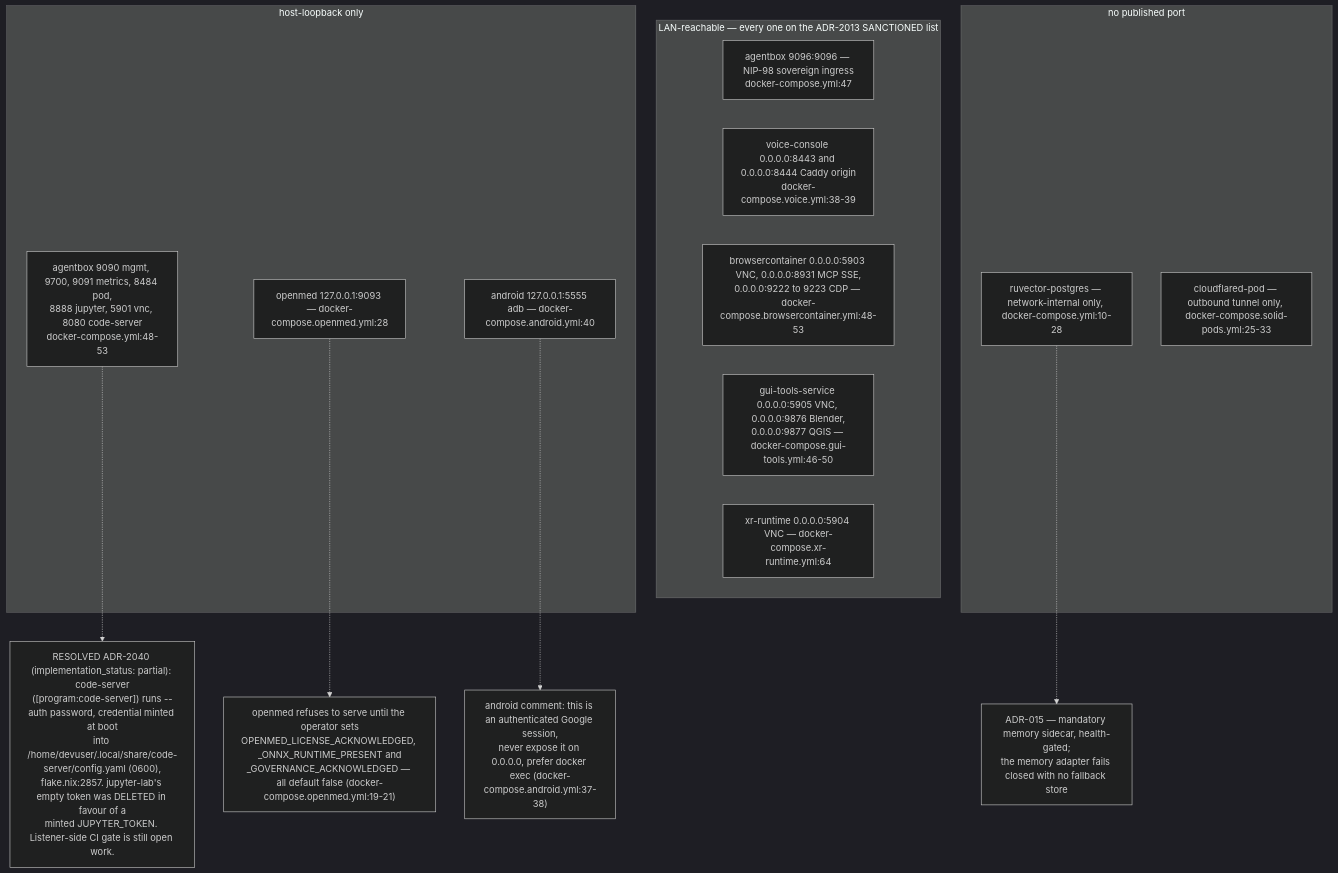
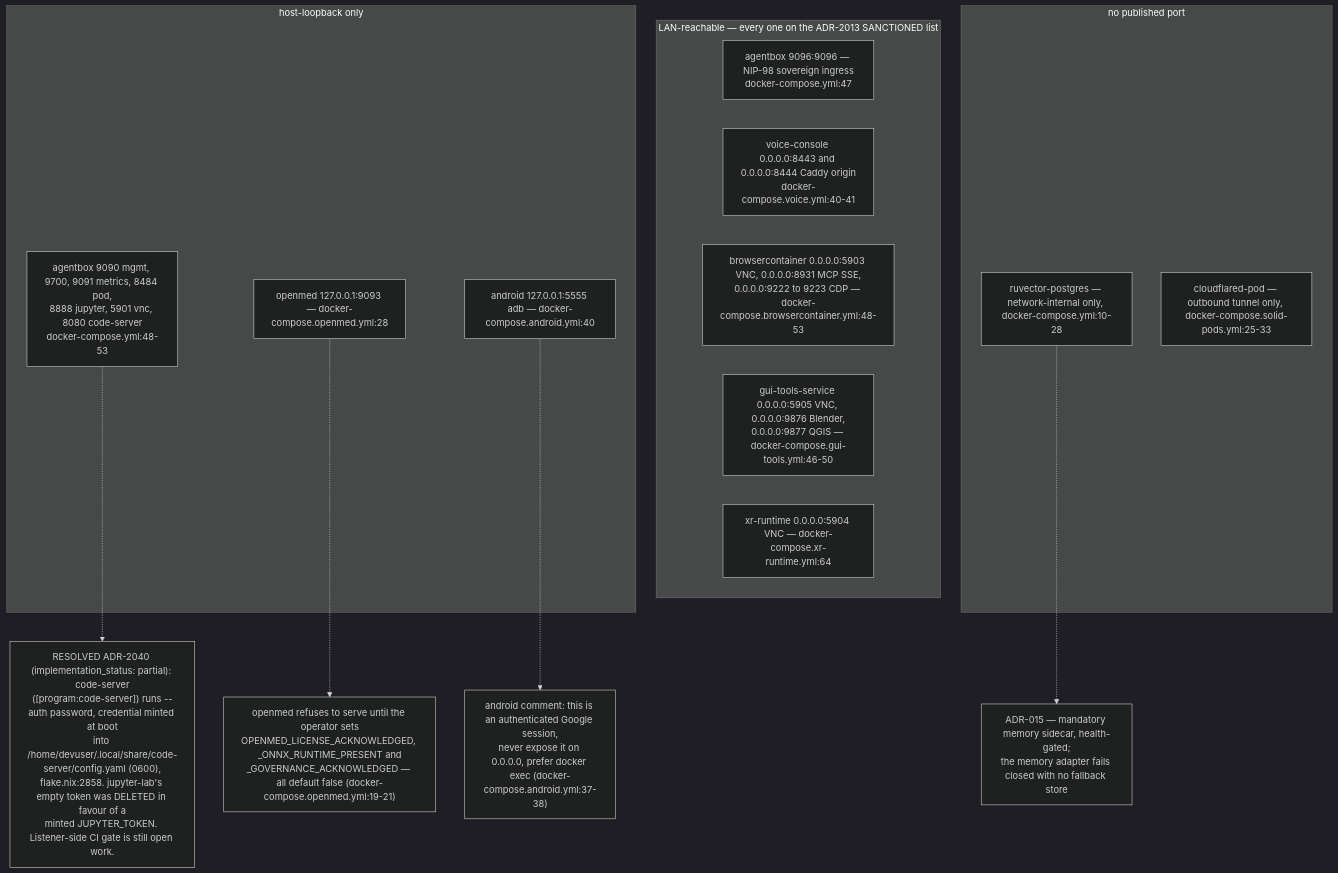
Before and after one commit to DreamLab-AI/VisionFlow: the seventh of 14 diagrams in docs/diagrams/agentbox/06-sidecars-and-compose-overlays.md, drawn with Mermaid (dark theme). The commit also changed other lines of this file and 145 other files, not shown here.

````diff
--- a/docs/diagrams/agentbox/06-sidecars-and-compose-overlays.md
+++ b/docs/diagrams/agentbox/06-sidecars-and-compose-overlays.md
@@ -228,23 +219,23 @@
 ```mermaid
 flowchart TB
     subgraph LANP["LAN-reachable — every one on the ADR-2013 SANCTIONED list"]
         P1["agentbox 9096:9096 — NIP-98 sovereign ingress<br/>docker-compose.yml:47"]
-        P2["voice-console 0.0.0.0:8443 and 0.0.0.0:8444 Caddy origin<br/>docker-compose.voice.yml:38-39"]
+        P2["voice-console 0.0.0.0:8443 and 0.0.0.0:8444 Caddy origin<br/>docker-compose.voice.yml:40-41"]
         P3["browsercontainer 0.0.0.0:5903 VNC, 0.0.0.0:8931 MCP SSE,<br/>0.0.0.0:9222 to 9223 CDP — docker-compose.browsercontainer.yml:48-53"]
         P4["gui-tools-service 0.0.0.0:5905 VNC, 0.0.0.0:9876 Blender,<br/>0.0.0.0:9877 QGIS — docker-compose.gui-tools.yml:46-50"]
         P5["xr-runtime 0.0.0.0:5904 VNC — docker-compose.xr-runtime.yml:64"]
     end
     subgraph LOOP["host-loopback only"]
         Q1["agentbox 9090 mgmt, 9700, 9091 metrics, 8484 pod,<br/>8888 jupyter, 5901 vnc, 8080 code-server<br/>docker-compose.yml:48-53"]
         Q2["openmed 127.0.0.1:9093 — docker-compose.openmed.yml:28"]
         Q3["android 127.0.0.1:5555 adb — docker-compose.android.yml:40"]
     end
     subgraph NONE["no published port"]
         R1["ruvector-postgres — network-internal only, docker-compose.yml:10-28"]
         R2["cloudflared-pod — outbound tunnel only, docker-compose.solid-pods.yml:25-33"]
     end
     Q3 -.-> AND["android comment: this is an authenticated Google session,<br/>never expose it on 0.0.0.0, prefer docker exec (docker-compose.android.yml:37-38)"]
     Q2 -.-> OM["openmed refuses to serve until the operator sets<br/>OPENMED_LICENSE_ACKNOWLEDGED, _ONNX_RUNTIME_PRESENT and<br/>_GOVERNANCE_ACKNOWLEDGED — all default false (docker-compose.openmed.yml:19-21)"]
-    Q1 -.-> CSR["RESOLVED ADR-2040 (implementation_status: partial): code-server<br/>([program:code-server]) runs --auth password, credential minted at boot<br/>into /home/devuser/.local/share/code-server/config.yaml (0600),<br/>flake.nix:2857. jupyter-lab's empty token was DELETED in favour of a<br/>minted JUPYTER_TOKEN. Listener-side CI gate is still open work."]
+    Q1 -.-> CSR["RESOLVED ADR-2040 (implementation_status: partial): code-server<br/>([program:code-server]) runs --auth password, credential minted at boot<br/>into /home/devuser/.local/share/code-server/config.yaml (0600),<br/>flake.nix:2858. jupyter-lab's empty token was DELETED in favour of a<br/>minted JUPYTER_TOKEN. Listener-side CI gate is still open work."]
     R1 -.-> PGN["ADR-015 — mandatory memory sidecar, health-gated;<br/>the memory adapter fails closed with no fallback store"]
 ```
````
